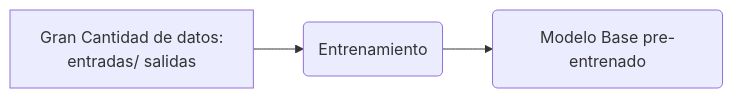
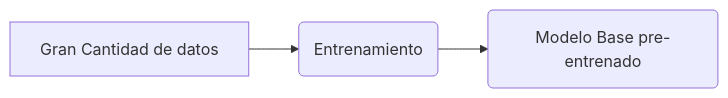
Before and after one commit to ensamblador/generative-ai-chat-application: the second of 3 diagrams in 01-personal-assistant/readme.md, drawn with Mermaid. The commit also changed other lines of this file and 2 other files, not shown here.

````diff
--- a/01-personal-assistant/readme.md
+++ b/01-personal-assistant/readme.md
@@ -287,6 +290,5 @@
 ```mermaid
 graph LR
-A[Gran Cantidad de datos: 
-entradas/ salidas] --> B(Entrenamiento)
+A[Gran Cantidad de datos] --> B(Entrenamiento)
 B --> C(Modelo Base pre-entrenado) 
 ```
````
